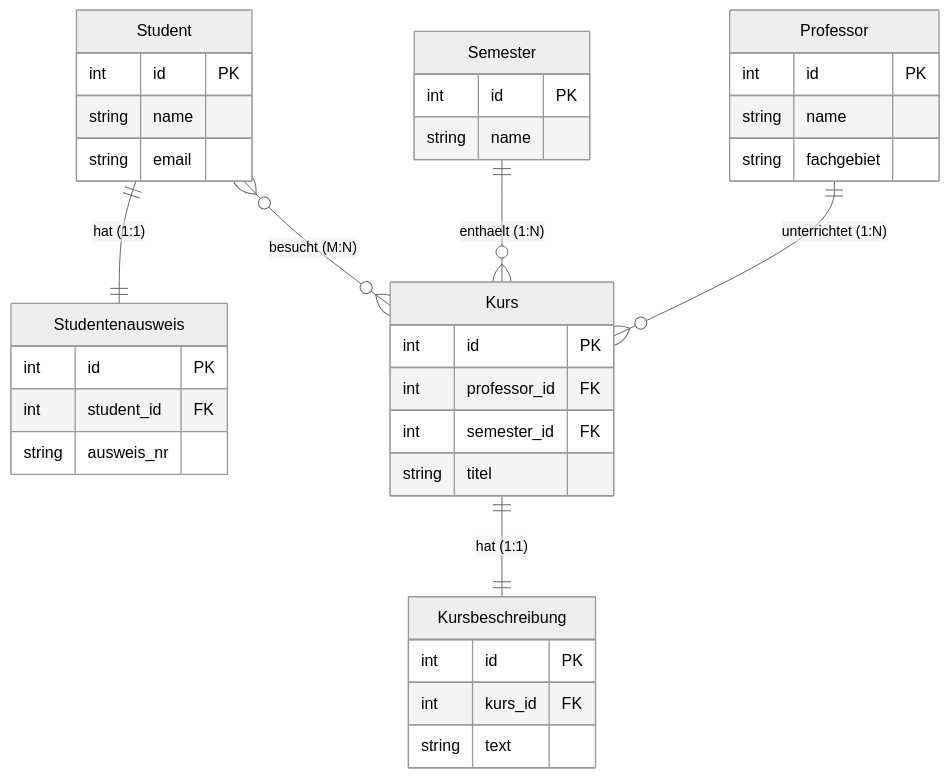
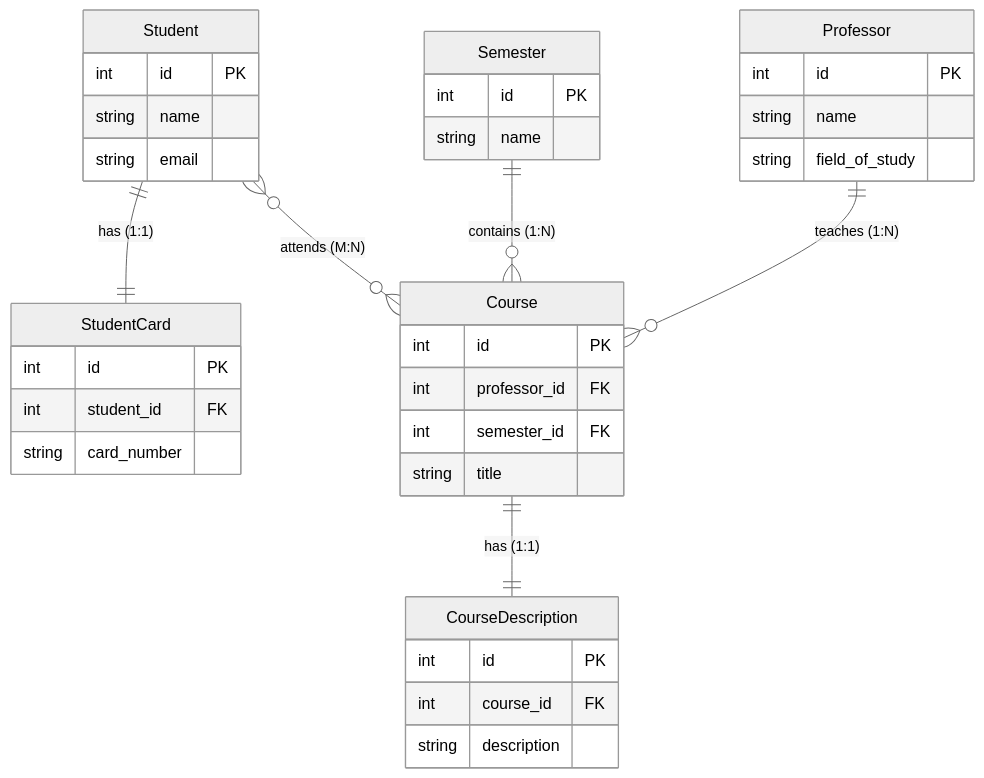
One commit to kkupschi/Uni-Relation changed the diagram in README.md. Above: the diagram before and after it, drawn with Mermaid (neutral theme).

Commit message:
refactor: update terminology in README for consistency and clarity

````diff
--- a/README.md
+++ b/README.md
@@ -7,39 +7,39 @@
 ```mermaid
 erDiagram
-    Student ||--|| Studentenausweis : "hat (1:1)"
-    Professor ||--o{ Kurs : "unterrichtet (1:N)"
-    Semester ||--o{ Kurs : "enthaelt (1:N)"
-    Kurs ||--|| Kursbeschreibung : "hat (1:1)"
-    Student }o--o{ Kurs : "besucht (M:N)"
+    Student ||--|| StudentCard : "has (1:1)"
+    Professor ||--o{ Course : "teaches (1:N)"
+    Semester ||--o{ Course : "contains (1:N)"
+    Course ||--|| CourseDescription : "has (1:1)"
+    Student }o--o{ Course : "attends (M:N)"
 
     Student {
         int id PK
         string name
         string email
     }
-    Studentenausweis {
+    StudentCard {
         int id PK
         int student_id FK
-        string ausweis_nr
+        string card_number
     }
     Professor {
         int id PK
         string name
-        string fachgebiet
+        string field_of_study
     }
     Semester {
         int id PK
         string name
     }
-    Kurs {
+    Course {
         int id PK
         int professor_id FK
         int semester_id FK
-        string titel
+        string title
     }
-    Kursbeschreibung {
+    CourseDescription {
         int id PK
-        int kurs_id FK
-        string text
+        int course_id FK
+        string description
     }
 ```
````
